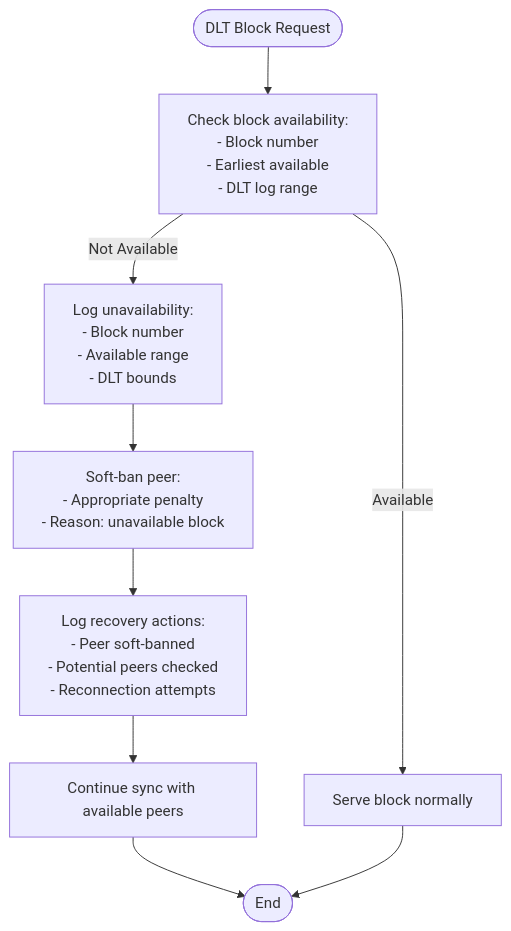
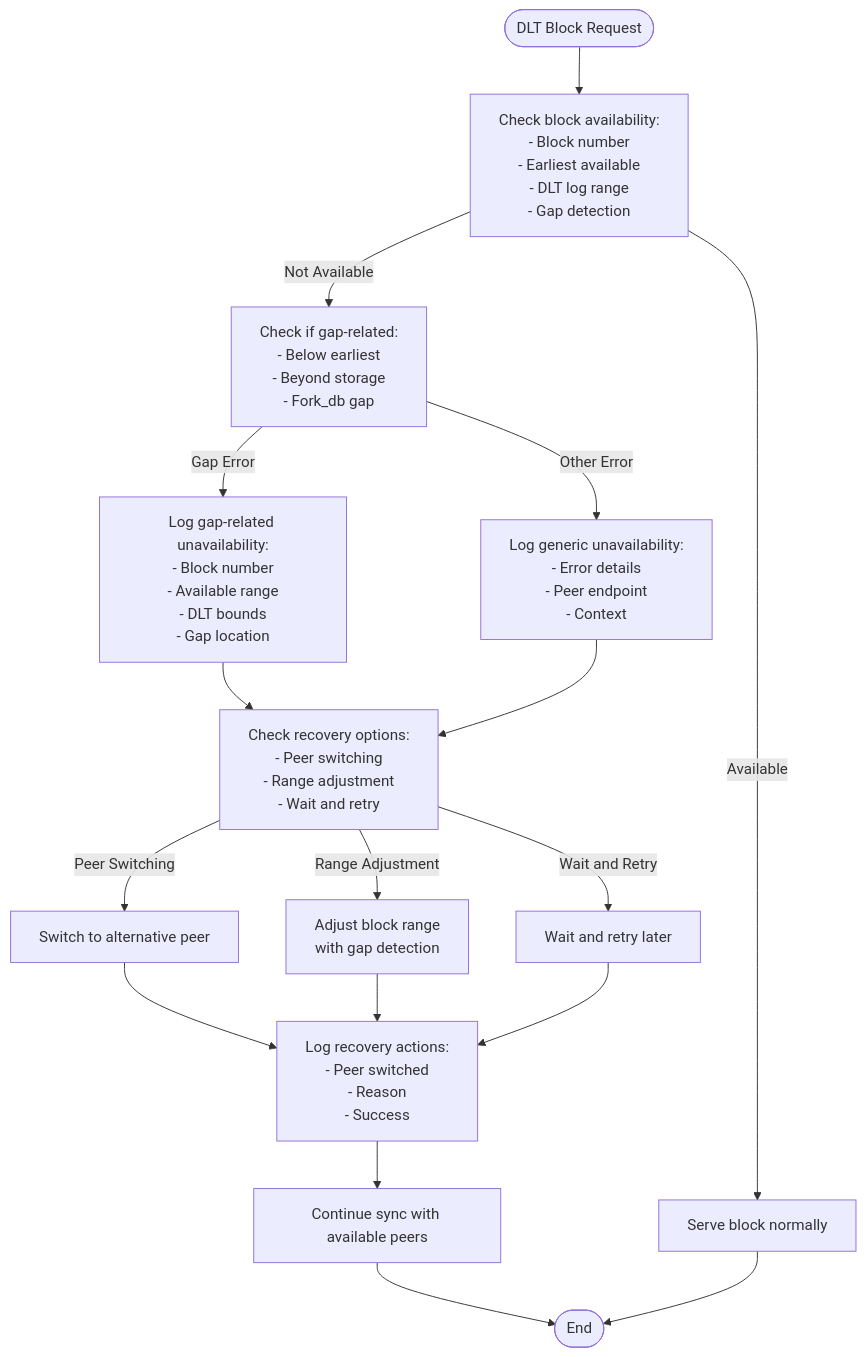
One commit to VIZ-Blockchain/viz-cpp-node changed diagram 24 of 32 in .qoder/repowiki/en/content/P2p Plugin.md. Above: the diagram before and after it, drawn with Mermaid. The commit also changed other lines of this file and 5 other files, not shown here.

First line of the commit message:
feat(dlt_block_log): add reset method and automatic gap recovery system

````diff
--- a/.qoder/repowiki/en/content/P2p Plugin.md
+++ b/.qoder/repowiki/en/content/P2p Plugin.md
@@ -654,11 +901,19 @@
 ```mermaid
 flowchart TD
-Start([DLT Block Request]) --> CheckAvailability["Check block availability:<br/>- Block number<br/>- Earliest available<br/>- DLT log range"]
+Start([DLT Block Request]) --> CheckAvailability["Check block availability:<br/>- Block number<br/>- Earliest available<br/>- DLT log range<br/>- Gap detection"]
 CheckAvailability --> |Available| ServeBlock["Serve block normally"]
-CheckAvailability --> |Not Available| LogUnavailable["Log unavailability:<br/>- Block number<br/>- Available range<br/>- DLT bounds"]
-LogUnavailable --> SoftBan["Soft-ban peer:<br/>- Appropriate penalty<br/>- Reason: unavailable block"]
-SoftBan --> LogRecovery["Log recovery actions:<br/>- Peer soft-banned<br/>- Potential peers checked<br/>- Reconnection attempts"]
+CheckAvailability --> |Not Available| CheckGap["Check if gap-related:<br/>- Below earliest<br/>- Beyond storage<br/>- Fork_db gap"]
+CheckGap --> |Gap Error| LogUnavailable["Log gap-related unavailability:<br/>- Block number<br/>- Available range<br/>- DLT bounds<br/>- Gap location"]
+CheckGap --> |Other Error| LogGenericUnavailable["Log generic unavailability:<br/>- Error details<br/>- Peer endpoint<br/>- Context"]
+LogUnavailable --> CheckRecovery["Check recovery options:<br/>- Peer switching<br/>- Range adjustment<br/>- Wait and retry"]
+LogGenericUnavailable --> CheckRecovery
+CheckRecovery --> |Peer Switching| SwitchPeer["Switch to alternative peer"]
+CheckRecovery --> |Range Adjustment| AdjustRange["Adjust block range<br/>with gap detection"]
+CheckRecovery --> |Wait and Retry| WaitRetry["Wait and retry later"]
+SwitchPeer --> LogRecovery["Log recovery actions:<br/>- Peer switched<br/>- Reason<br/>- Success"]
+AdjustRange --> LogRecovery
+WaitRetry --> LogRecovery
 LogRecovery --> ContinueSync["Continue sync with available peers"]
 ContinueSync --> End([End])
 ServeBlock --> End
 ```
````
